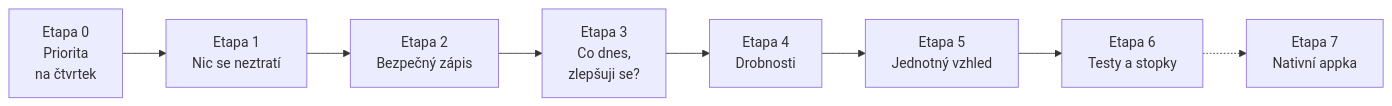
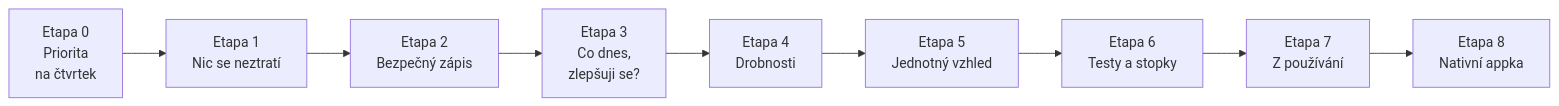
One commit to dt-appdev/workout-denik changed the diagram in docs/plan-vyvoje.md. Above: the diagram before and after it, drawn with Mermaid. The commit also changed other lines of this file and 2 other files, not shown here.

First line of the commit message:
Plán: vyhodnoceno Ověřit při používání, nová etapa 7 Z používání

````diff
--- a/docs/plan-vyvoje.md
+++ b/docs/plan-vyvoje.md
@@ -52,10 +52,11 @@
 ```mermaid
 flowchart LR
   E0[Etapa 0<br/>Priorita<br/>na čtvrtek] --> E1[Etapa 1<br/>Nic se neztratí]
   E1 --> E2[Etapa 2<br/>Bezpečný zápis]
   E2 --> E3[Etapa 3<br/>Co dnes,<br/>zlepšuji se?]
   E3 --> E4[Etapa 4<br/>Drobnosti]
   E4 --> E5[Etapa 5<br/>Jednotný vzhled]
   E5 --> E6[Etapa 6<br/>Testy a stopky]
-  E6 -.-> E7[Etapa 7<br/>Nativní appka]
+  E6 --> E7[Etapa 7<br/>Z používání]
+  E7 --> E8[Etapa 8<br/>Nativní appka]
 ```
````
